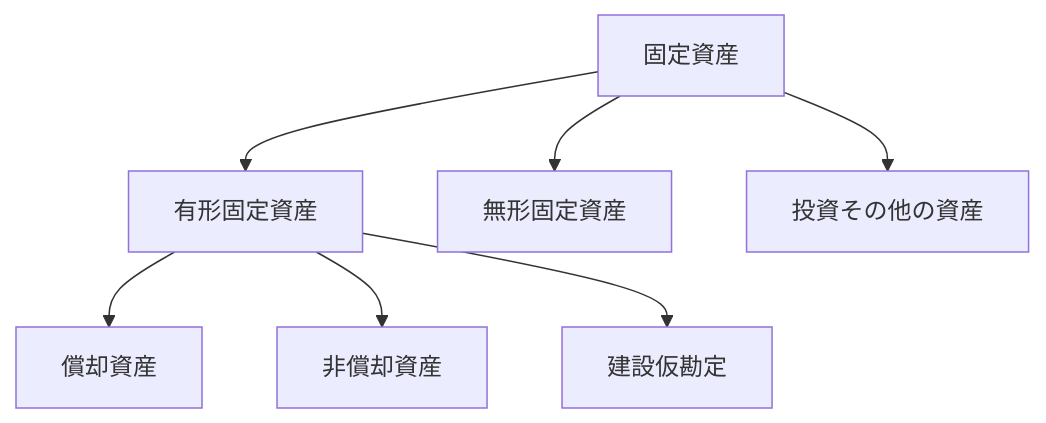
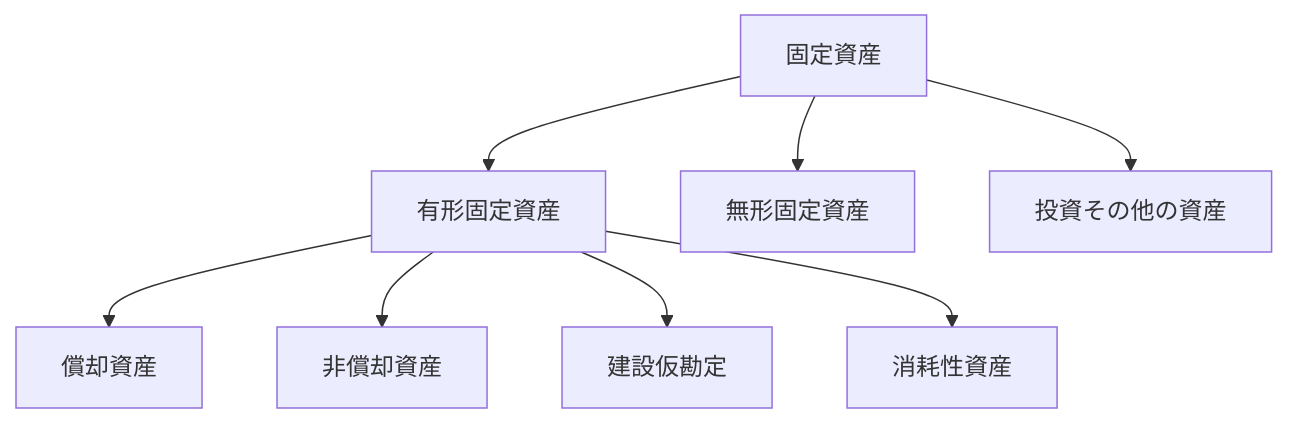
The diagram in 固定資産/固定資産区分概要.md (bebetakumi/mermaid), drawn with Mermaid before and after one commit.

````diff
--- a/固定資産/固定資産区分概要.md
+++ b/固定資産/固定資産区分概要.md
@@ -3,10 +3,11 @@
 ```mermaid
 graph TD
 
 固定資産 --> 有形固定資産 --> 償却資産
 固定資産 --> 無形固定資産
 固定資産 --> 投資その他の資産
 有形固定資産 --> 非償却資産
 有形固定資産 --> 建設仮勘定
+有形固定資産 --> 消耗性資産
 
 ```
````
